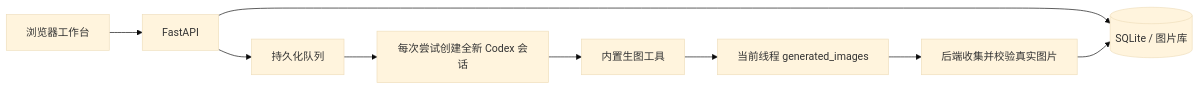
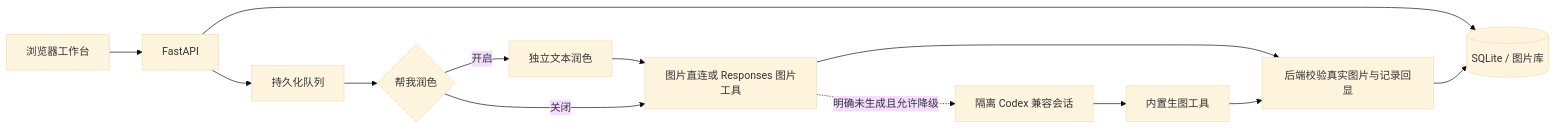
One commit to GYPp1us/codex-image-studio changed the diagram in README.md. Above: the diagram before and after it, drawn with Mermaid (base theme). The commit also changed other lines of this file and 6 other files, not shown here.

Commit message:
Document direct image flow and review outcomes

````diff
--- a/README.md
+++ b/README.md
@@ -66,11 +69,15 @@
 ```mermaid
 flowchart LR
     UI[浏览器工作台] --> API[FastAPI]
     API --> DB[(SQLite / 图片库)]
     API --> Q[持久化队列]
-    Q --> CLI[每次尝试创建全新 Codex 会话]
+    Q --> P{帮我润色}
+    P -->|开启| TEXT[独立文本润色]
+    TEXT --> DIRECT[图片直连或 Responses 图片工具]
+    P -->|关闭| DIRECT
+    DIRECT --> COLLECT[后端校验真实图片与记录回显]
+    DIRECT -.明确未生成且允许降级.-> CLI[隔离 Codex 兼容会话]
     CLI --> IMG[内置生图工具]
-    IMG --> FILE[当前线程 generated_images]
-    FILE --> COLLECT[后端收集并校验真实图片]
+    IMG --> COLLECT
     COLLECT --> DB
 ```
````
